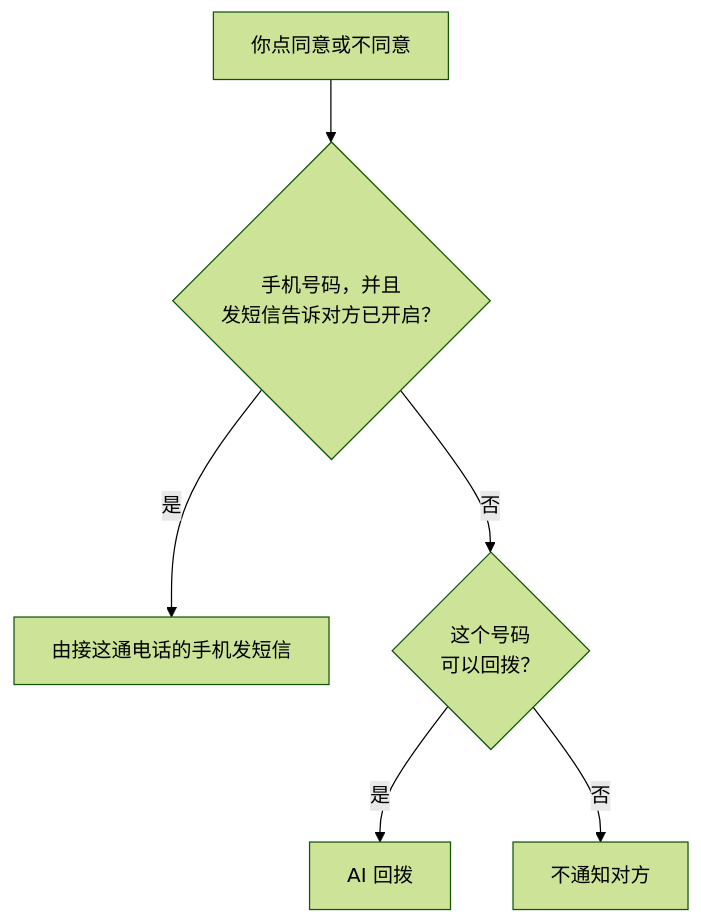
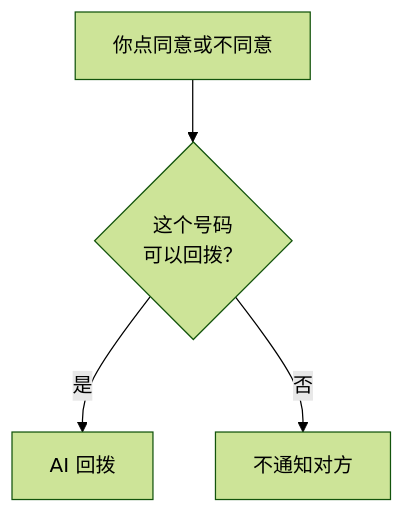
The diagram in docs/zh-CN/SETTINGS.md (h4lo-void/bageo-call-bluetooth), drawn with Mermaid (forest theme) before and after one commit. The commit also changed other lines of this file and 94 other files, not shown here.

````diff
--- a/docs/zh-CN/SETTINGS.md
+++ b/docs/zh-CN/SETTINGS.md
@@ -287,8 +276,6 @@
 ```mermaid
 flowchart TD
-    A[你点同意或不同意] --> B{手机号码，并且<br/>发短信告诉对方已开启？}
-    B -- 是 --> T[由接这通电话的手机发短信]
-    B -- 否 --> C{这个号码<br/>可以回拨？}
+    A[你点同意或不同意] --> C{这个号码<br/>可以回拨？}
     C -- 是 --> K[AI 回拨]
     C -- 否 --> N[不通知对方]
 ```
````
